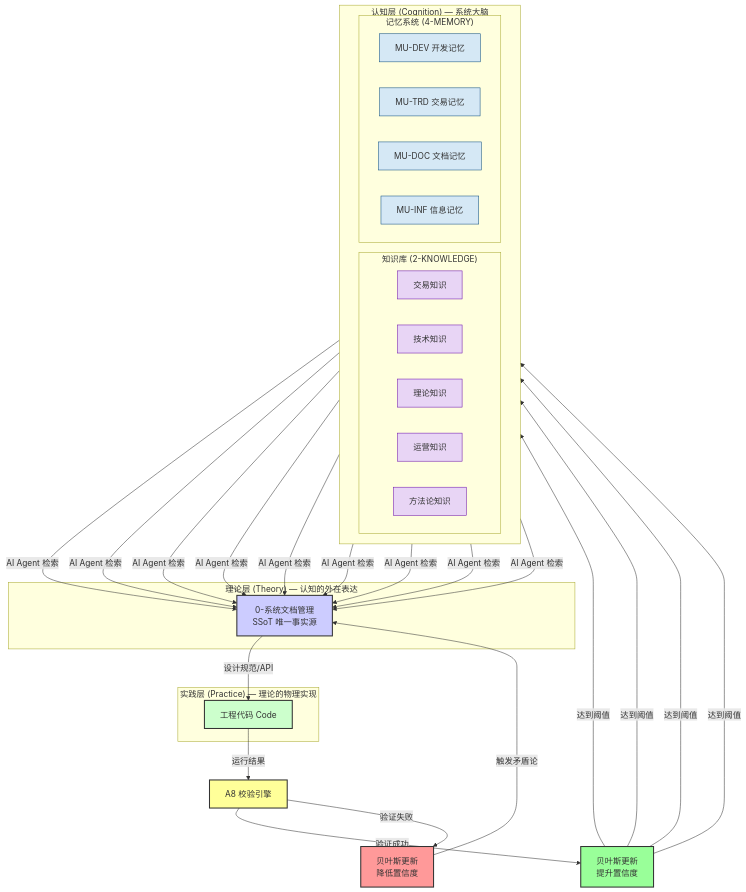
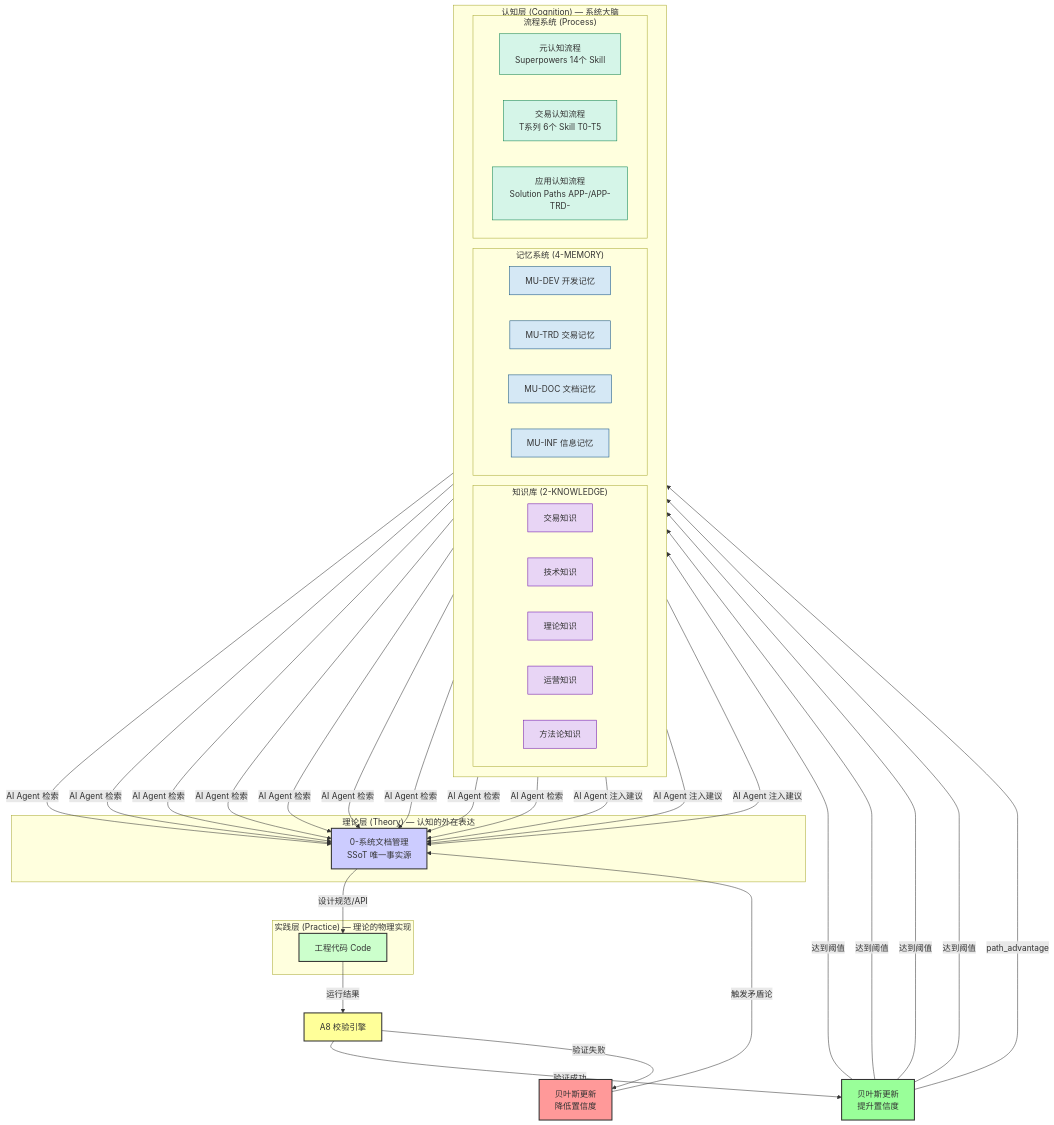
Before and after one commit to yunya1991/Dreambuddy-V2: the first of 2 diagrams in 4-MEMORY/0-元记忆/COGNITIVE_ARCHITECTURE.md, drawn with Mermaid. The commit also changed other lines of this file and 2 other files, not shown here.

````diff
--- a/4-MEMORY/0-元记忆/COGNITIVE_ARCHITECTURE.md
+++ b/4-MEMORY/0-元记忆/COGNITIVE_ARCHITECTURE.md
@@ -15,52 +21,62 @@
 ```mermaid
 graph TD
     subgraph "认知层 (Cognition) — 系统大脑"
         direction LR
         subgraph "知识库 (2-KNOWLEDGE)"
             K1[交易知识]
             K2[技术知识]
             K3[理论知识]
             K4[运营知识]
             K5[方法论知识]
         end
         subgraph "记忆系统 (4-MEMORY)"
             M1[MU-DEV 开发记忆]
             M2[MU-TRD 交易记忆]
             M3[MU-DOC 文档记忆]
             M4[MU-INF 信息记忆]
         end
+        subgraph "流程系统 (Process)"
+            P1[元认知流程<br/>Superpowers 14个 Skill]
+            P2[交易认知流程<br/>T系列 6个 Skill T0-T5]
+            P3[应用认知流程<br/>Solution Paths APP-/APP-TRD-]
+        end
     end
 
     subgraph "理论层 (Theory) — 认知的外在表达"
         B[0-系统文档管理<br/>SSoT 唯一事实源]
     end
 
     subgraph "实践层 (Practice) — 理论的物理实现"
         D[工程代码 Code]
     end
 
     K1 & K2 & K3 & K4 & K5 -->|AI Agent 检索| B
     M1 & M2 & M3 & M4 -->|AI Agent 检索| B
+    P1 & P2 & P3 -->|AI Agent 注入建议| B
     B -->|设计规范/API| D
     D -->|运行结果| E[A8 校验引擎]
     
     E -->|验证成功| F[贝叶斯更新<br/>提升置信度]
     E -->|验证失败| G[贝叶斯更新<br/>降低置信度]
     F -->|达到阈值| M1 & M2 & M3 & M4
+    F -->|path_advantage| P3
     G -->|触发矛盾论| B
     
     style K1 fill:#e8d5f5,stroke:#6a0dad
     style K2 fill:#e8d5f5,stroke:#6a0dad
     style K3 fill:#e8d5f5,stroke:#6a0dad
     style K4 fill:#e8d5f5,stroke:#6a0dad
     style K5 fill:#e8d5f5,stroke:#6a0dad
     style M1 fill:#d5e8f5,stroke:#0d4d80
     style M2 fill:#d5e8f5,stroke:#0d4d80
     style M3 fill:#d5e8f5,stroke:#0d4d80
     style M4 fill:#d5e8f5,stroke:#0d4d80
+    style P1 fill:#d5f5e8,stroke:#0d804d
+    style P2 fill:#d5f5e8,stroke:#0d804d
+    style P3 fill:#d5f5e8,stroke:#0d804d
     style B fill:#ccf,stroke:#333,stroke-width:2px
     style D fill:#cfc,stroke:#333,stroke-width:2px
     style E fill:#ff9,stroke:#333,stroke-width:2px
     style F fill:#9f9,stroke:#333,stroke-width:2px
     style G fill:#f99,stroke:#333,stroke-width:2px
 ```
````
